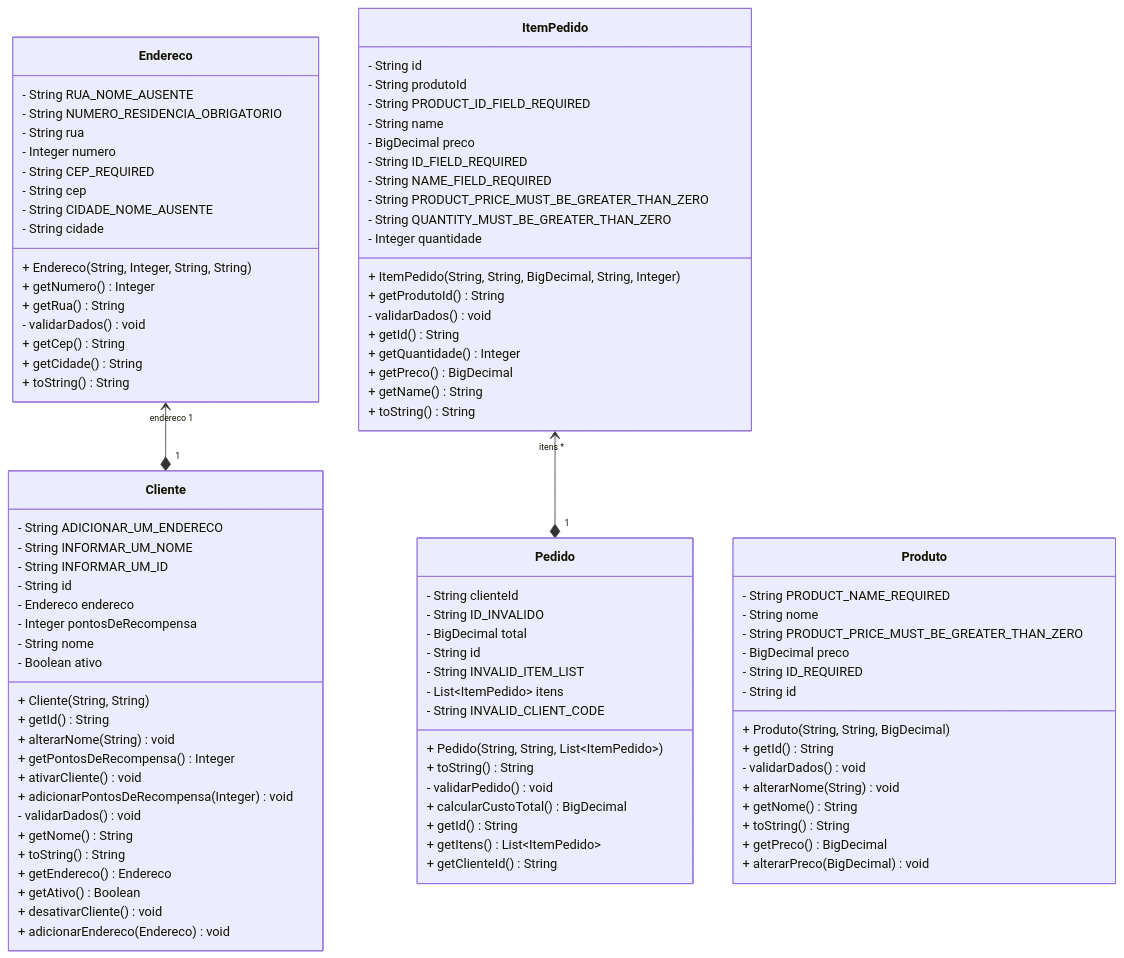
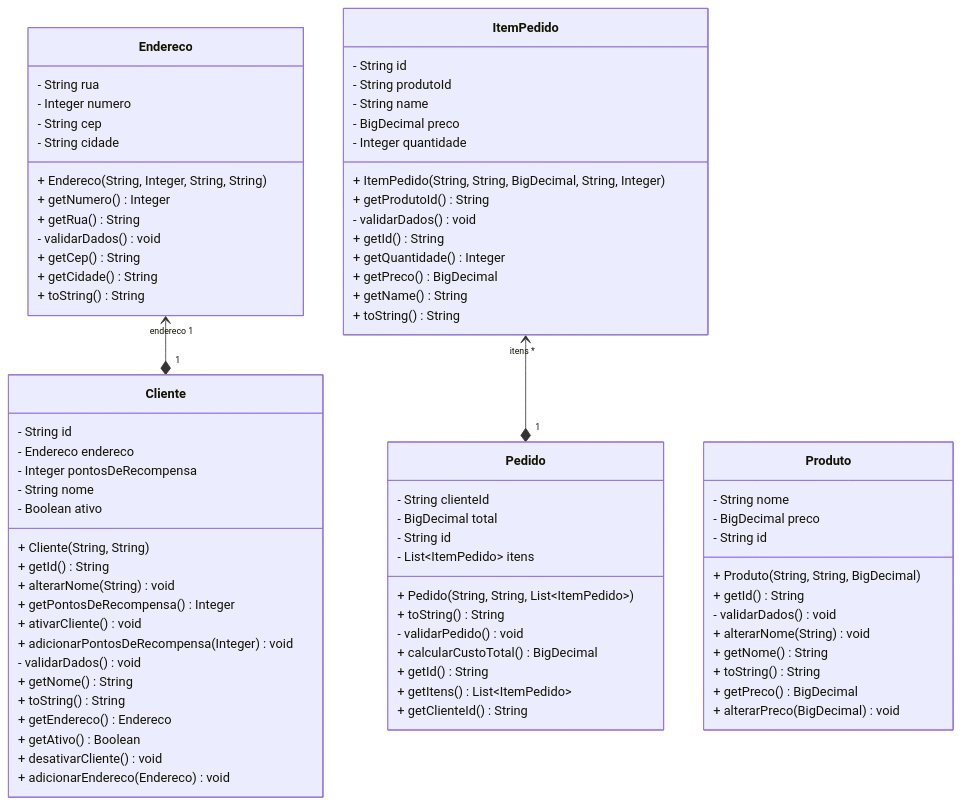
The first of 9 diagrams in README.md (diegosneves/domain-driven-design), drawn with Mermaid before and after one commit. The commit also changed other lines of this file, not shown here.

```diff
--- a/README.md
+++ b/README.md
@@ -32,9 +32,6 @@
 direction BT
 class Cliente {
   + Cliente(String, String) 
-  - String ADICIONAR_UM_ENDERECO
-  - String INFORMAR_UM_NOME
-  - String INFORMAR_UM_ID
   - String id
   - Endereco endereco
   - Integer pontosDeRecompensa
@@ -55,13 +52,9 @@
 }
 class Endereco {
   + Endereco(String, Integer, String, String) 
-  - String RUA_NOME_AUSENTE
-  - String NUMERO_RESIDENCIA_OBRIGATORIO
   - String rua
   - Integer numero
-  - String CEP_REQUIRED
   - String cep
-  - String CIDADE_NOME_AUSENTE
   - String cidade
   + getNumero() Integer
   + getRua() String
@@ -74,13 +67,8 @@
   + ItemPedido(String, String, BigDecimal, String, Integer) 
   - String id
   - String produtoId
-  - String PRODUCT_ID_FIELD_REQUIRED
   - String name
   - BigDecimal preco
-  - String ID_FIELD_REQUIRED
-  - String NAME_FIELD_REQUIRED
-  - String PRODUCT_PRICE_MUST_BE_GREATER_THAN_ZERO
-  - String QUANTITY_MUST_BE_GREATER_THAN_ZERO
   - Integer quantidade
   + getProdutoId() String
   - validarDados() void
@@ -93,12 +81,9 @@
 class Pedido {
   + Pedido(String, String, List~ItemPedido~) 
   - String clienteId
-  - String ID_INVALIDO
   - BigDecimal total
   - String id
-  - String INVALID_ITEM_LIST
   - List~ItemPedido~ itens
-  - String INVALID_CLIENT_CODE
   + toString() String
   - validarPedido() void
   + calcularCustoTotal() BigDecimal
@@ -108,11 +93,8 @@
 }
 class Produto {
   + Produto(String, String, BigDecimal) 
-  - String PRODUCT_NAME_REQUIRED
   - String nome
-  - String PRODUCT_PRICE_MUST_BE_GREATER_THAN_ZERO
   - BigDecimal preco
-  - String ID_REQUIRED
   - String id
   + getId() String
   - validarDados() void
```
